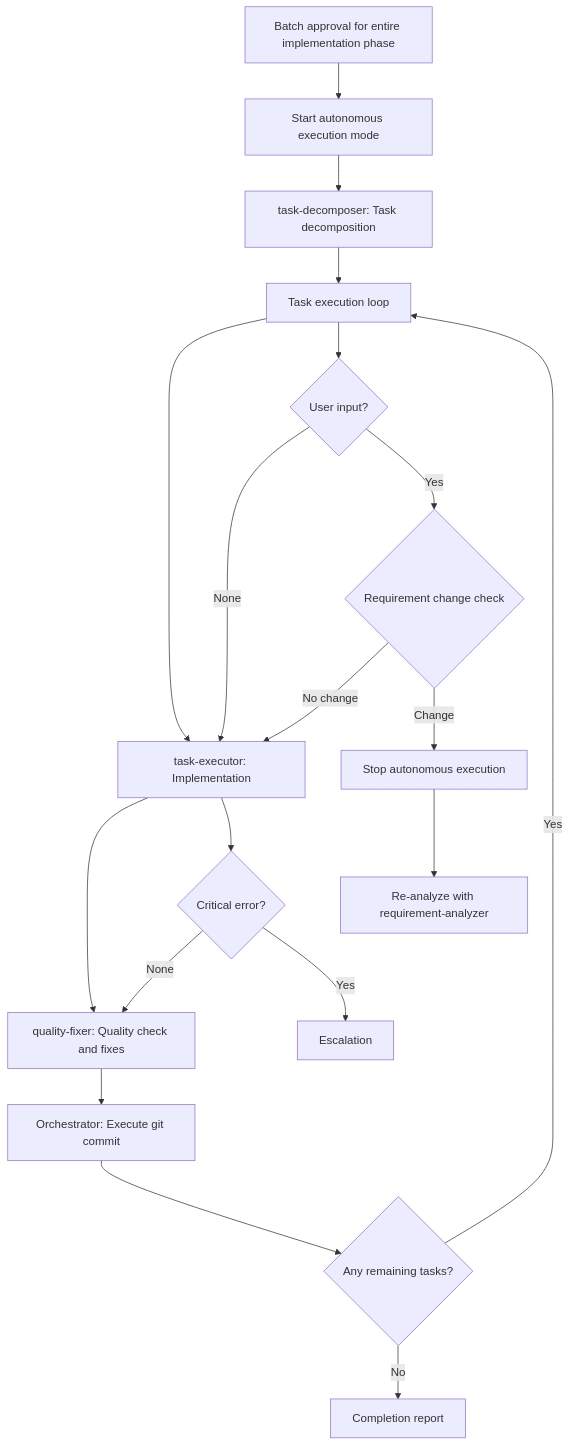
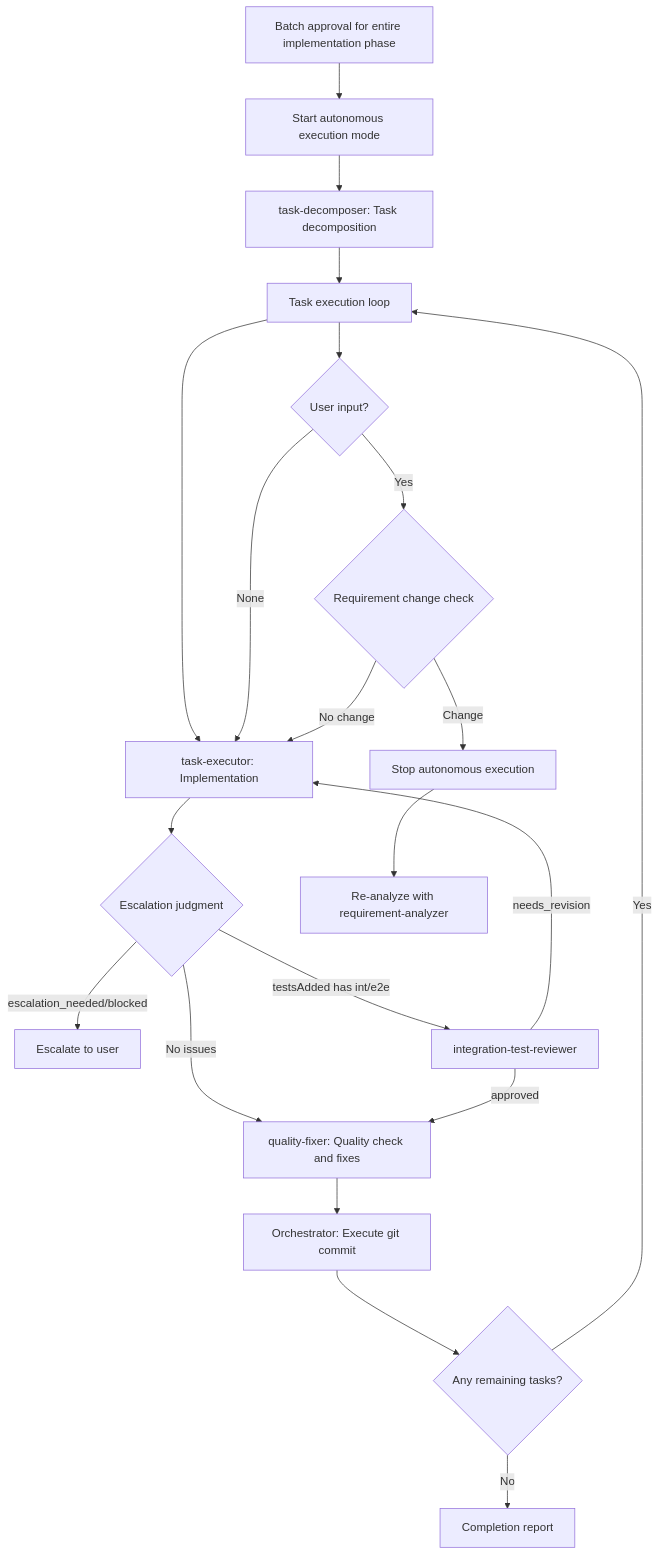
Before and after one commit to shinpr/claude-code-workflows: the second of 2 diagrams in skills/subagents-orchestration-guide/SKILL.md, drawn with Mermaid. The commit also changed other lines of this file and 18 other files, not shown here.

First line of the commit message:
feat: restore integration-test-reviewer workflow and add frontend-specific commands

````diff
--- a/skills/subagents-orchestration-guide/SKILL.md
+++ b/skills/subagents-orchestration-guide/SKILL.md
@@ -229,23 +255,24 @@
 ```mermaid
 graph TD
     START[Batch approval for entire implementation phase] --> AUTO[Start autonomous execution mode]
     AUTO --> TD[task-decomposer: Task decomposition]
     TD --> LOOP[Task execution loop]
     LOOP --> TE[task-executor: Implementation]
-    TE --> QF[quality-fixer: Quality check and fixes]
-    QF --> COMMIT[Orchestrator: Execute git commit]
+    TE --> ESCJUDGE{Escalation judgment}
+    ESCJUDGE -->|escalation_needed/blocked| USERESC[Escalate to user]
+    ESCJUDGE -->|testsAdded has int/e2e| ITR[integration-test-reviewer]
+    ESCJUDGE -->|No issues| QF
+    ITR -->|needs_revision| TE
+    ITR -->|approved| QF
+    QF[quality-fixer: Quality check and fixes] --> COMMIT[Orchestrator: Execute git commit]
     COMMIT --> CHECK{Any remaining tasks?}
     CHECK -->|Yes| LOOP
     CHECK -->|No| REPORT[Completion report]
 
     LOOP --> INTERRUPT{User input?}
     INTERRUPT -->|None| TE
     INTERRUPT -->|Yes| REQCHECK{Requirement change check}
     REQCHECK -->|No change| TE
     REQCHECK -->|Change| STOP[Stop autonomous execution]
     STOP --> RA[Re-analyze with requirement-analyzer]
-
-    TE --> ERROR{Critical error?}
-    ERROR -->|None| QF
-    ERROR -->|Yes| ESC[Escalation]
 ```
````
